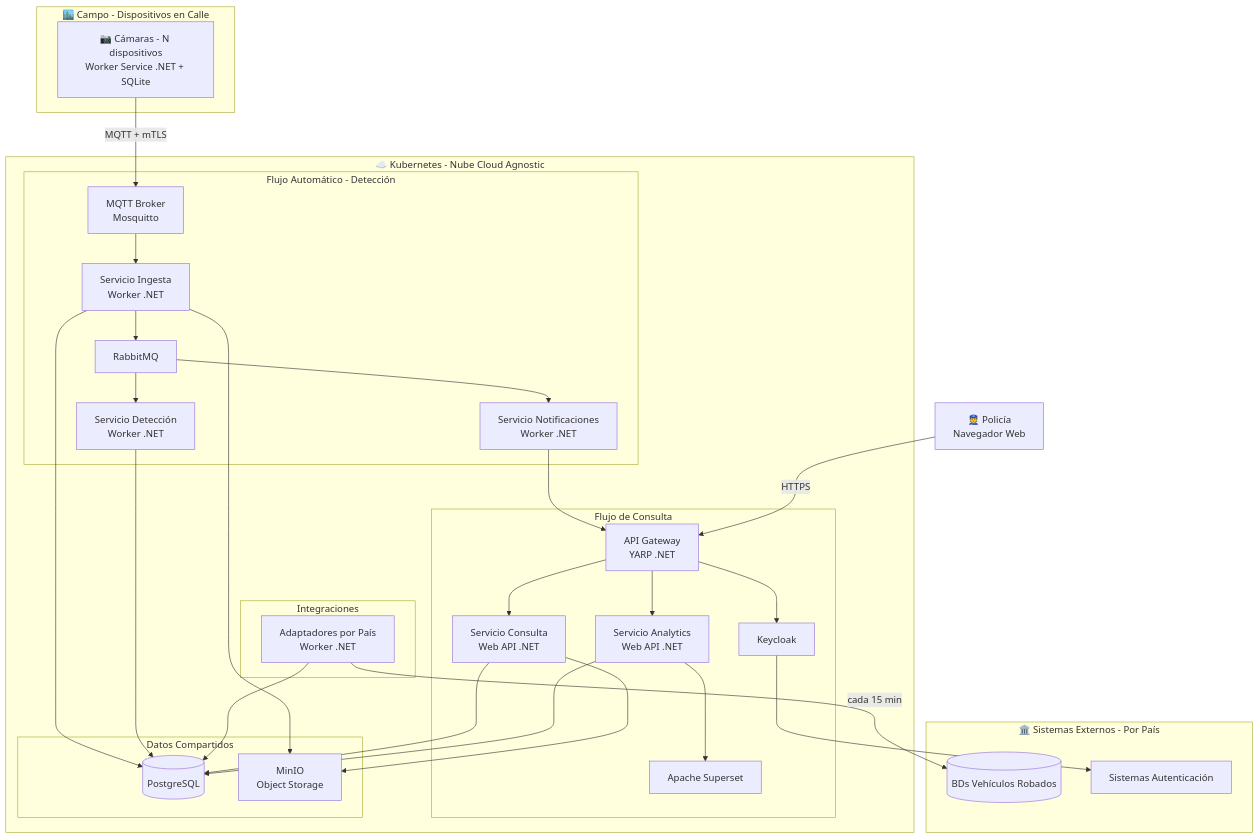
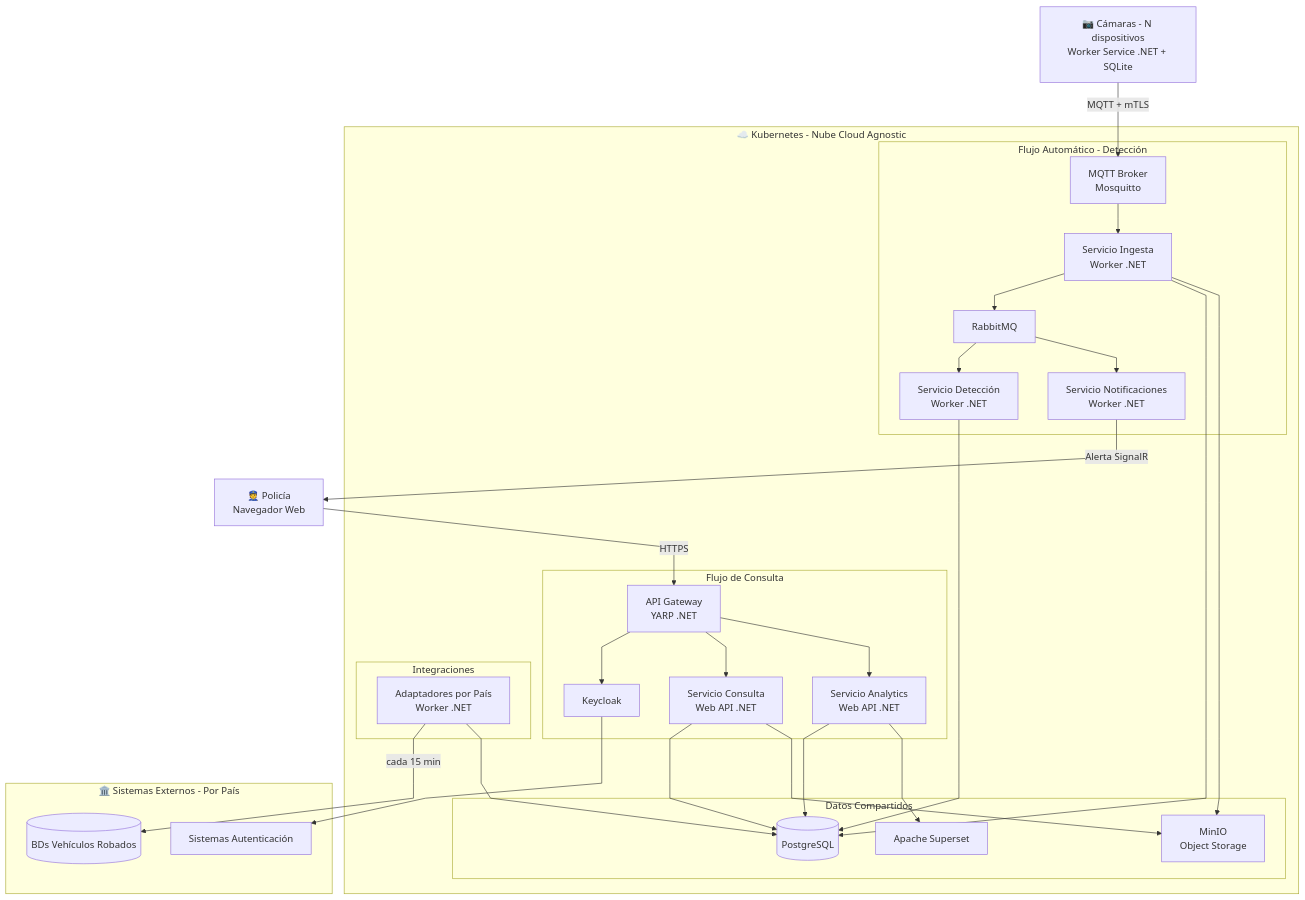
One commit to chetango/ChetangoStudentApi changed the seventh of 8 diagrams in propuesta-arquitectura-ceiba.md. Above: the diagram before and after it, drawn with Mermaid.

Commit message:
Corregir diagrama de despliegue: eliminar cruce NOT->GW, usar SignalR directo al cliente

````diff
--- a/propuesta-arquitectura-ceiba.md
+++ b/propuesta-arquitectura-ceiba.md
@@ -282,63 +282,61 @@
 ```mermaid
+%%{init: {'flowchart': {'curve': 'linear'}}}%%
 flowchart TD
+    CAM["📷 Cámaras - N dispositivos\nWorker Service .NET + SQLite"]
     POL["👮 Policía\nNavegador Web"]
-
-    subgraph FIELD["🏙️ Campo - Dispositivos en Calle"]
-        CAM["📷 Cámaras - N dispositivos\nWorker Service .NET + SQLite"]
-    end
 
     subgraph CLOUD["☁️ Kubernetes - Nube Cloud Agnostic"]
         subgraph AUTO["Flujo Automático - Detección"]
             MQTT["MQTT Broker\nMosquitto"]
             ING["Servicio Ingesta\nWorker .NET"]
             MQ["RabbitMQ"]
             DET["Servicio Detección\nWorker .NET"]
             NOT["Servicio Notificaciones\nWorker .NET"]
         end
 
         subgraph CONSULTA["Flujo de Consulta"]
             GW["API Gateway\nYARP .NET"]
             KK["Keycloak"]
             CON["Servicio Consulta\nWeb API .NET"]
             ANA["Servicio Analytics\nWeb API .NET"]
-            SUP["Apache Superset"]
         end
 
         subgraph INTEG["Integraciones"]
             ADP["Adaptadores por País\nWorker .NET"]
         end
 
         subgraph DATA["Datos Compartidos"]
             PG[("PostgreSQL")]
             MIN["MinIO\nObject Storage"]
+            SUP["Apache Superset"]
         end
     end
 
     subgraph EXT["🏛️ Sistemas Externos - Por País"]
         BDPAIS[("BDs Vehículos Robados")]
         AUTHPAIS["Sistemas Autenticación"]
     end
 
     CAM -->|"MQTT + mTLS"| MQTT
     MQTT --> ING
     ING --> MQ
     ING --> PG
     ING --> MIN
     MQ --> DET
     MQ --> NOT
     DET --> PG
-    NOT --> GW
+    NOT -->|"Alerta SignalR"| POL
 
     POL -->|"HTTPS"| GW
     GW --> KK
     GW --> CON
     GW --> ANA
     KK --> AUTHPAIS
     CON --> PG
     CON --> MIN
     ANA --> PG
     ANA --> SUP
 
     ADP -->|"cada 15 min"| BDPAIS
     ADP --> PG
 ```
````
